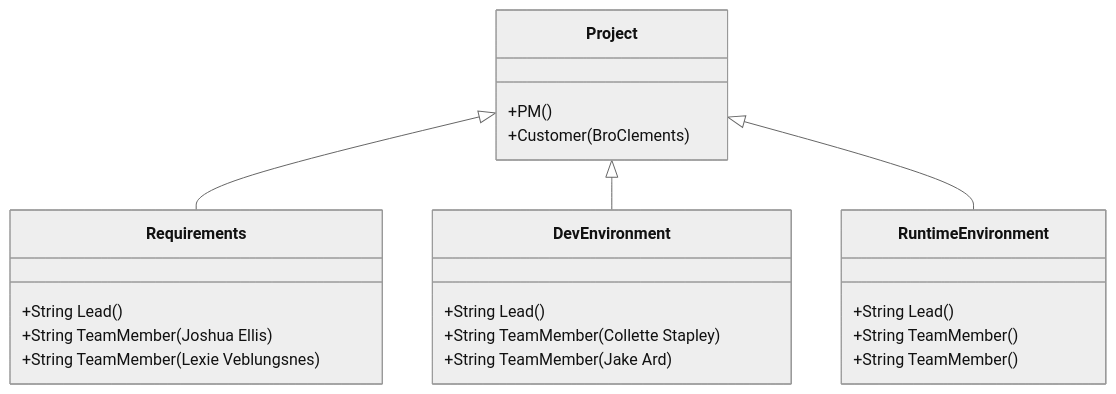
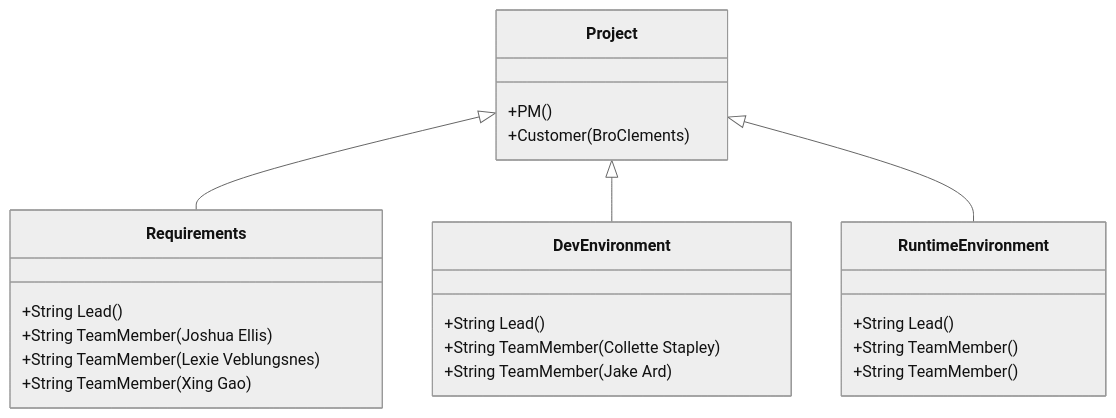
Before and after one commit to anrj2/2024SprCSE397PCP: the first of 2 diagrams in project/org/OrganizationChart.md, drawn with Mermaid (neutral theme). The commit also changed other lines of this file, not shown here.

````diff
--- a/project/org/OrganizationChart.md
+++ b/project/org/OrganizationChart.md
@@ -2,24 +2,25 @@
 ```mermaid
 classDiagram
       Project <|-- Requirements
       Project <|-- DevEnvironment
       Project <|-- RuntimeEnvironment
       Project : +PM()
       Project : +Customer(BroClements)
       class Requirements{
           +String Lead()
           +String TeamMember(Joshua Ellis)
           +String TeamMember(Lexie Veblungsnes)
+          +String TeamMember(Xing Gao)
 
       }
       class DevEnvironment{
           +String Lead()
           +String TeamMember(Collette Stapley)
           +String TeamMember(Jake Ard)
       }
       class RuntimeEnvironment{
           +String Lead()
           +String TeamMember()
           +String TeamMember()
       }
 ```
````
